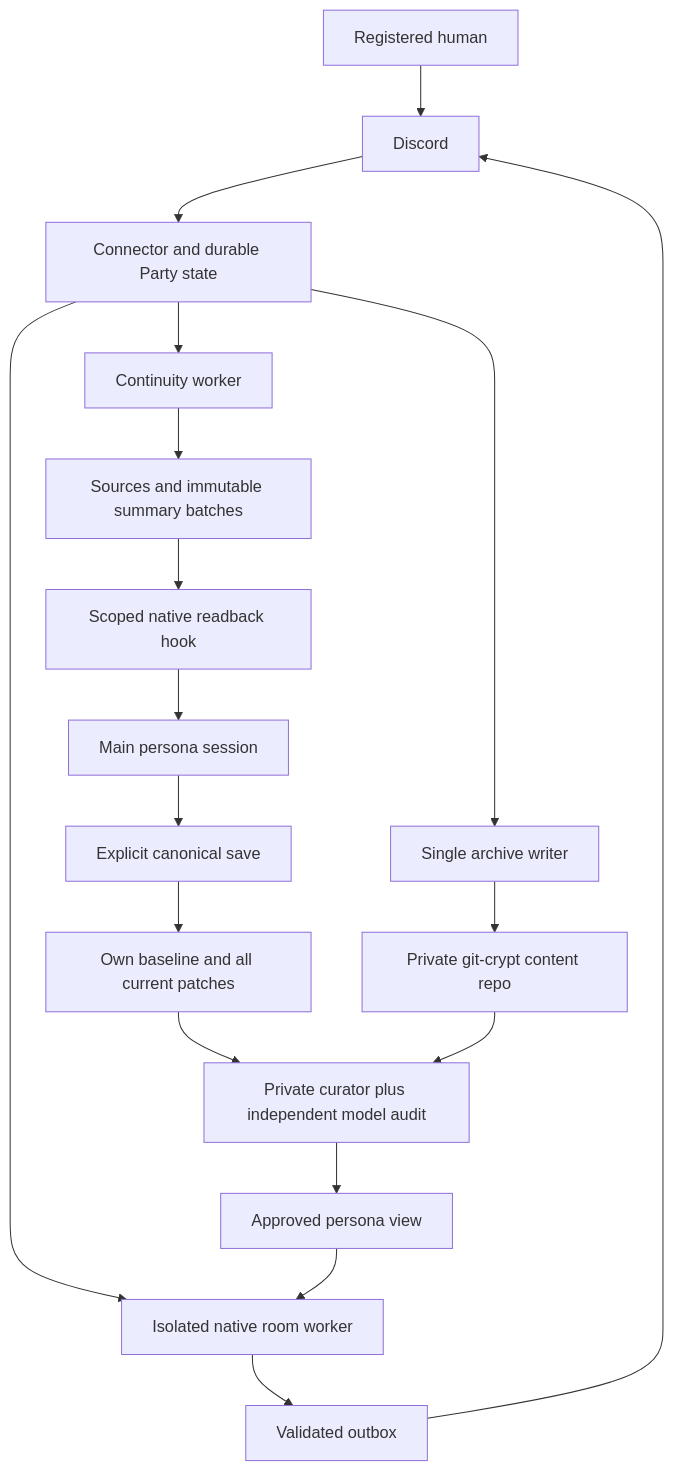
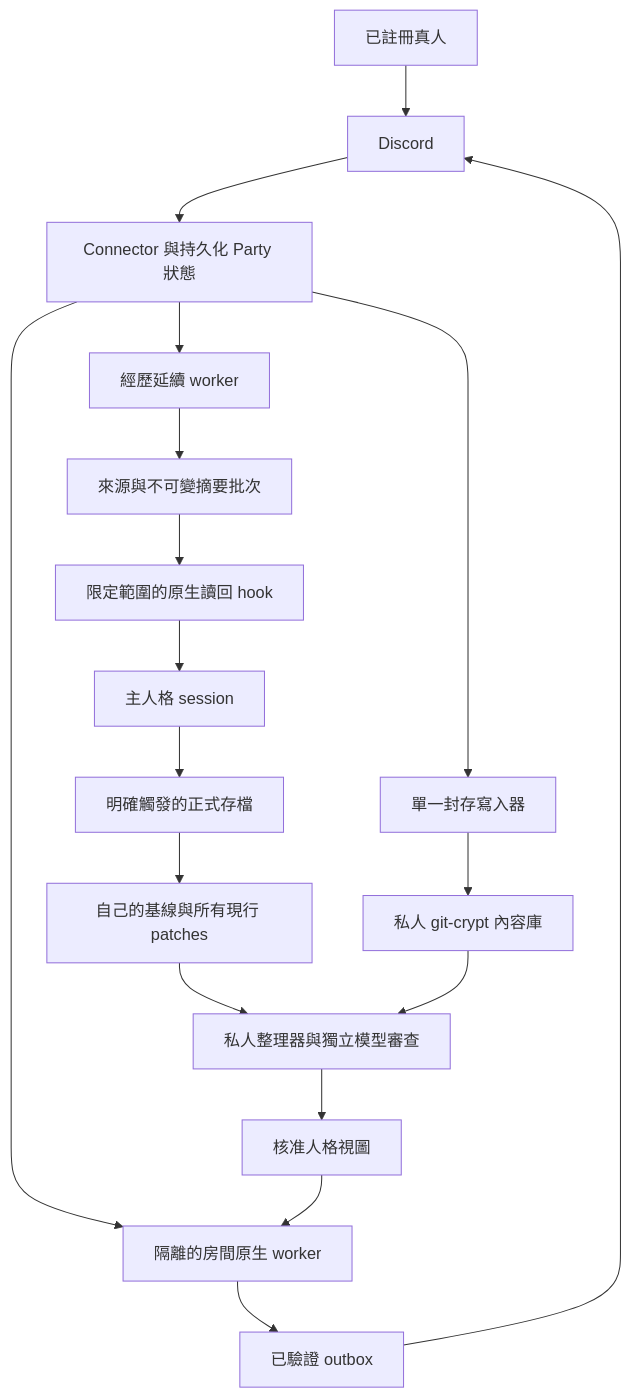
Before and after one commit to KerberosClaw/kc_agent_a2a: the first of 2 diagrams in docs/architecture.md, drawn with Mermaid. The commit also changed other lines of this file and 15 other files, not shown here.

````diff
--- a/docs/architecture.md
+++ b/docs/architecture.md
@@ -7,20 +9,20 @@
 ```mermaid
 flowchart TB
-    H[Registered human] --> DC[Discord]
-    DC --> R[Connector and durable Party state]
-    R --> W[Isolated native room worker]
-    V[Approved persona view] --> W
-    W --> O[Validated outbox]
+    H[已註冊真人] --> DC[Discord]
+    DC --> R[Connector 與持久化 Party 狀態]
+    R --> W[隔離的房間原生 worker]
+    V[核准人格視圖] --> W
+    W --> O[已驗證 outbox]
     O --> DC
-    R --> A[Single archive writer]
-    A --> G[Private git-crypt content repo]
-    R --> C[Continuity worker]
-    C --> L[Sources and immutable summary batches]
-    L --> Hook[Scoped native readback hook]
-    Hook --> Main[Main persona session]
-    Main --> Save[Explicit canonical save]
-    Save --> P[Own baseline and all current patches]
-    P --> Cur[Private curator plus independent model audit]
+    R --> A[單一封存寫入器]
+    A --> G[私人 git-crypt 內容庫]
+    R --> C[經歷延續 worker]
+    C --> L[來源與不可變摘要批次]
+    L --> Hook[限定範圍的原生讀回 hook]
+    Hook --> Main[主人格 session]
+    Main --> Save[明確觸發的正式存檔]
+    Save --> P[自己的基線與所有現行 patches]
+    P --> Cur[私人整理器與獨立模型審查]
     G --> Cur
     Cur --> V
 ```
````
